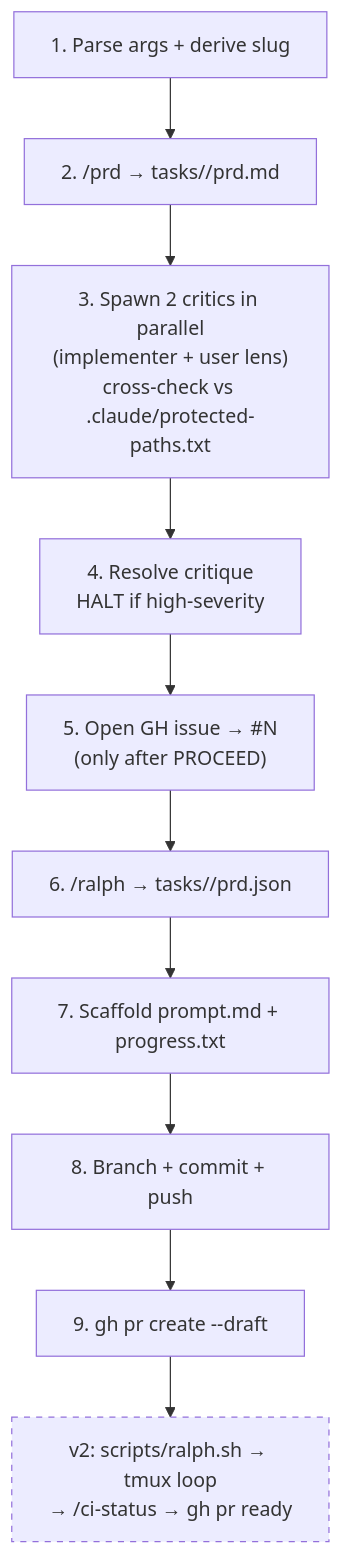
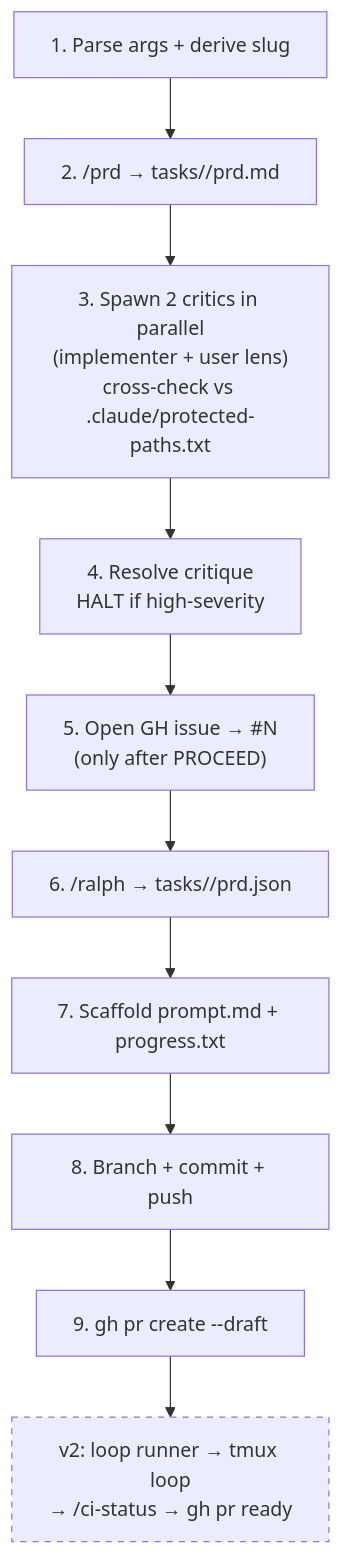
Before and after one commit to mifunedev/skills: the diagram in skills/ship-spec/SKILL.md, drawn with Mermaid. The commit also changed other lines of this file and 3 other files, not shown here.

````diff
--- a/skills/ship-spec/SKILL.md
+++ b/skills/ship-spec/SKILL.md
@@ -20,14 +20,14 @@
 ```mermaid
 flowchart TD
     A["1. Parse args + derive slug"] --> B["2. /prd → tasks/<slug>/prd.md"]
     B --> D["3. Spawn 2 critics in parallel<br/>(implementer + user lens)<br/>cross-check vs .claude/protected-paths.txt"]
     D --> E["4. Resolve critique<br/>HALT if high-severity"]
     E --> C["5. Open GH issue → #N<br/>(only after PROCEED)"]
     C --> F["6. /ralph → tasks/<slug>/prd.json"]
     F --> G["7. Scaffold prompt.md + progress.txt"]
     G --> H["8. Branch + commit + push"]
     H --> I["9. gh pr create --draft"]
-    I --> J["v2: scripts/ralph.sh → tmux loop<br/>→ /ci-status → gh pr ready"]
+    I --> J["v2: loop runner → tmux loop<br/>→ /ci-status → gh pr ready"]
 
     style J stroke-dasharray: 5 5
 ```
````
